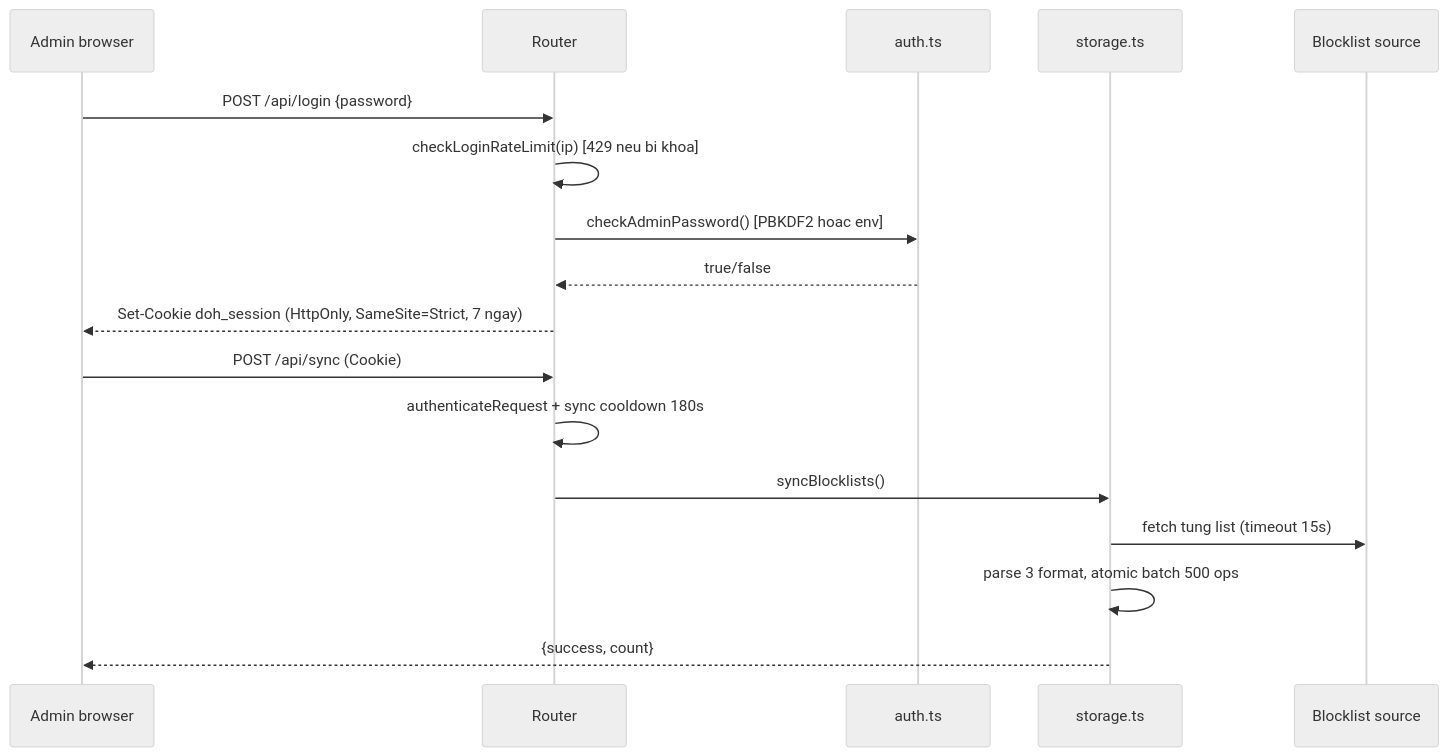
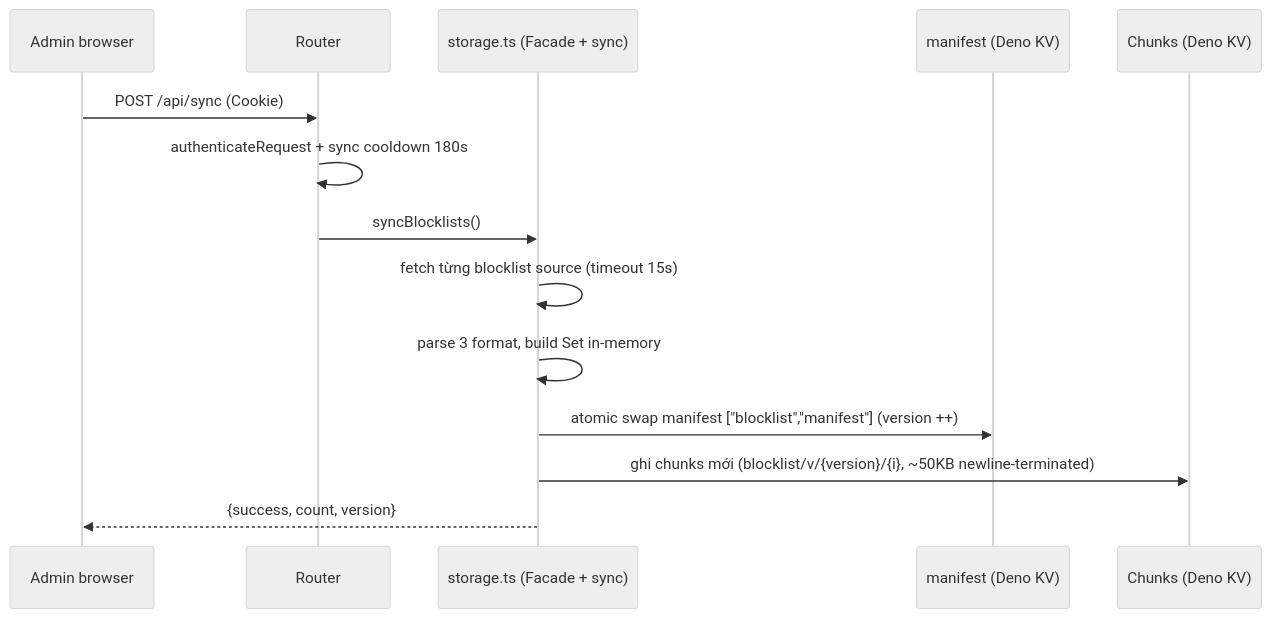
The fifth of 5 diagrams in docs/ARCHITECTURE.md (annguyen0/deno-dns), drawn with Mermaid (neutral theme) before and after one commit. The commit also changed other lines of this file and 2 other files, not shown here.

First line of the commit message:
docs(dns): align architecture with runtime caching changes

````diff
--- a/docs/ARCHITECTURE.md
+++ b/docs/ARCHITECTURE.md
@@ -128,19 +148,16 @@
 ```mermaid
 sequenceDiagram
     participant A as Admin browser
     participant R as Router
-    participant AU as auth.ts
-    participant S as storage.ts
-    participant SRC as Blocklist source
-    A->>R: POST /api/login {password}
-    R->>R: checkLoginRateLimit(ip) [429 neu bi khoa]
-    R->>AU: checkAdminPassword() [PBKDF2 hoac env]
-    AU-->>R: true/false
-    R-->>A: Set-Cookie doh_session (HttpOnly, SameSite=Strict, 7 ngay)
+    participant S as storage.ts (Facade + sync)
+    participant M as manifest (Deno KV)
+    participant C as Chunks (Deno KV)
     A->>R: POST /api/sync (Cookie)
     R->>R: authenticateRequest + sync cooldown 180s
     R->>S: syncBlocklists()
-    S->>SRC: fetch tung list (timeout 15s)
-    S->>S: parse 3 format, atomic batch 500 ops
-    S-->>A: {success, count}
+    S->>S: fetch từng blocklist source (timeout 15s)
+    S->>S: parse 3 format, build Set in-memory
+    S->>M: atomic swap manifest ["blocklist","manifest"] (version ++)
+    S->>C: ghi chunks mới (blocklist/v/{version}/{i}, ~50KB newline-terminated)
+    S-->>A: {success, count, version}
 ```
````
